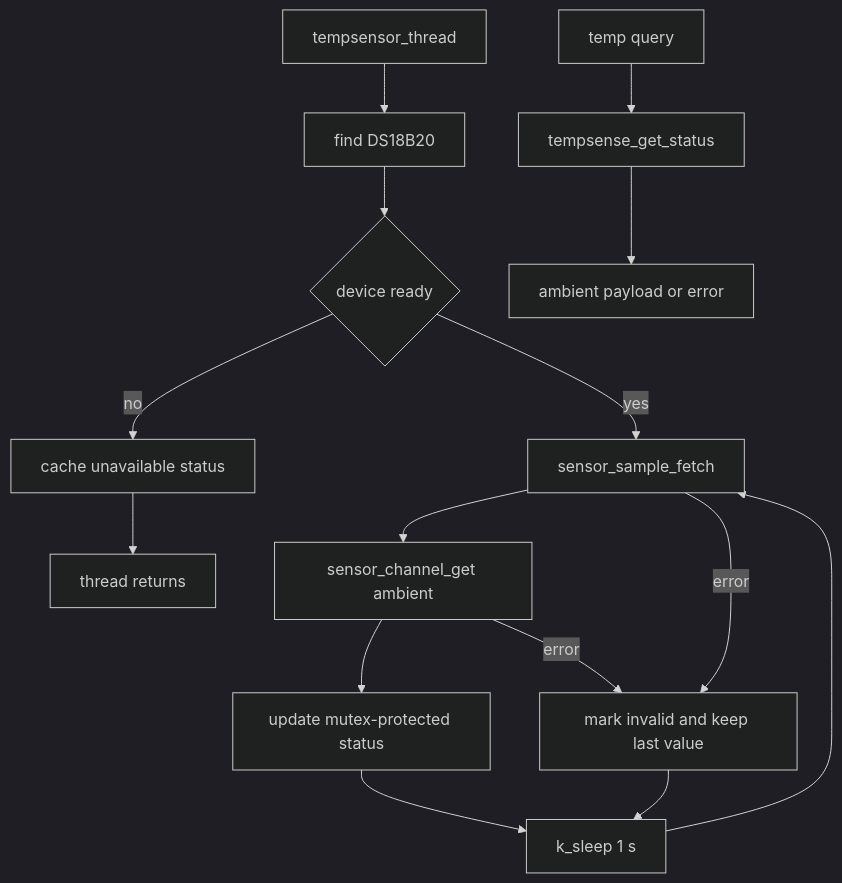
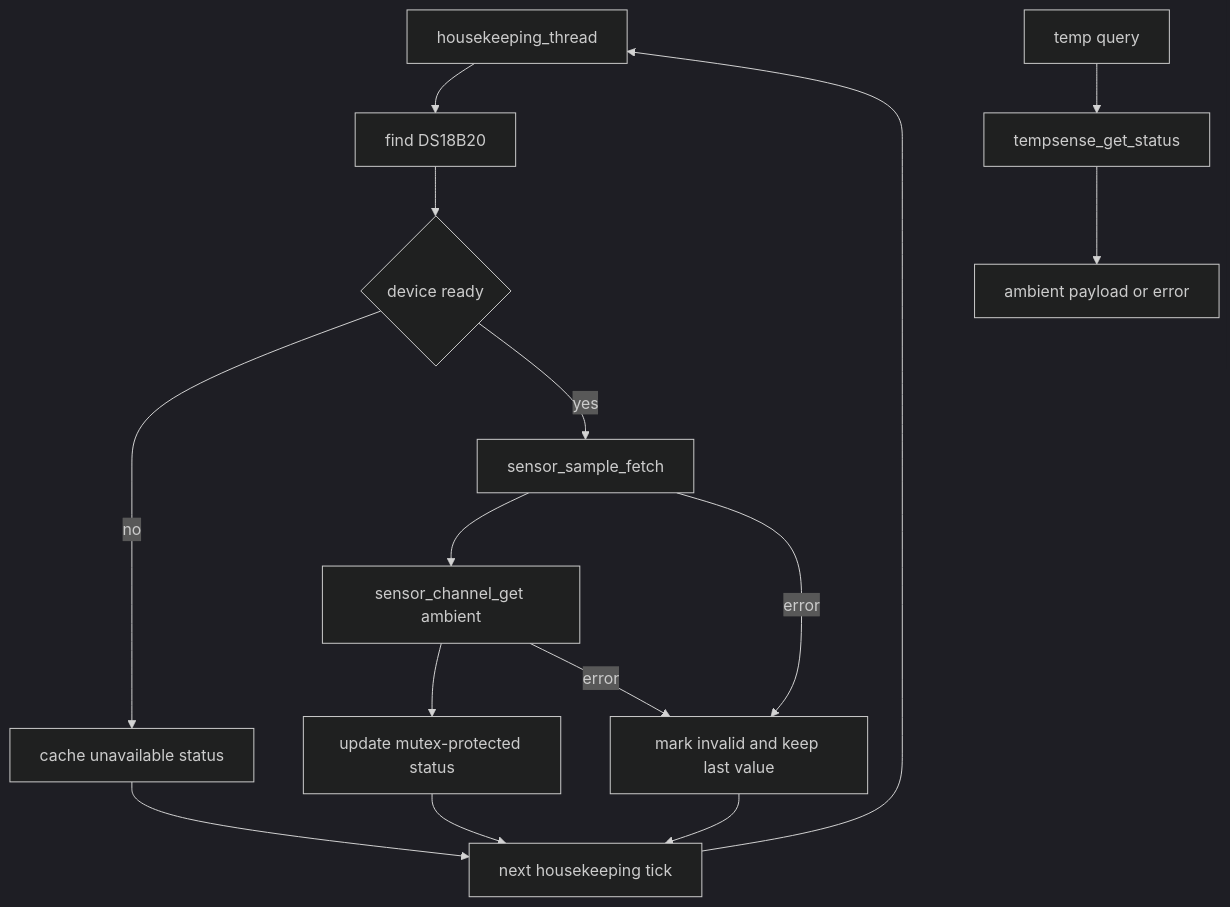
Before and after one commit to COO-Utilities/hispec-tib: diagram 16 of 22 in doc/diagrams.md, drawn with Mermaid (dark theme). The commit also changed other lines of this file and 11 other files, not shown here.

````diff
--- a/doc/diagrams.md
+++ b/doc/diagrams.md
@@ -319,17 +317,17 @@
 ```mermaid
 flowchart TD
-  Thread[tempsensor_thread] --> Find[find DS18B20]
+  Thread[housekeeping_thread] --> Find[find DS18B20]
   Find --> Ready{device ready}
   Ready -- no --> InitErr[cache unavailable status]
-  InitErr --> Return[thread returns]
+  InitErr --> Wait[next housekeeping tick]
   Ready -- yes --> Fetch[sensor_sample_fetch]
   Fetch --> SensorGet[sensor_channel_get ambient]
   SensorGet --> Cache[update mutex-protected status]
   SensorGet -- error --> CacheErr[mark invalid and keep last value]
   Fetch -- error --> CacheErr
-  Cache --> Sleep
-  CacheErr --> Sleep[k_sleep 1 s]
-  Sleep --> Fetch
+  Cache --> Wait
+  CacheErr --> Wait
+  Wait --> Thread
   Command[temp query] --> Read[tempsense_get_status]
   Read --> Response[ambient payload or error]
 ```
````
